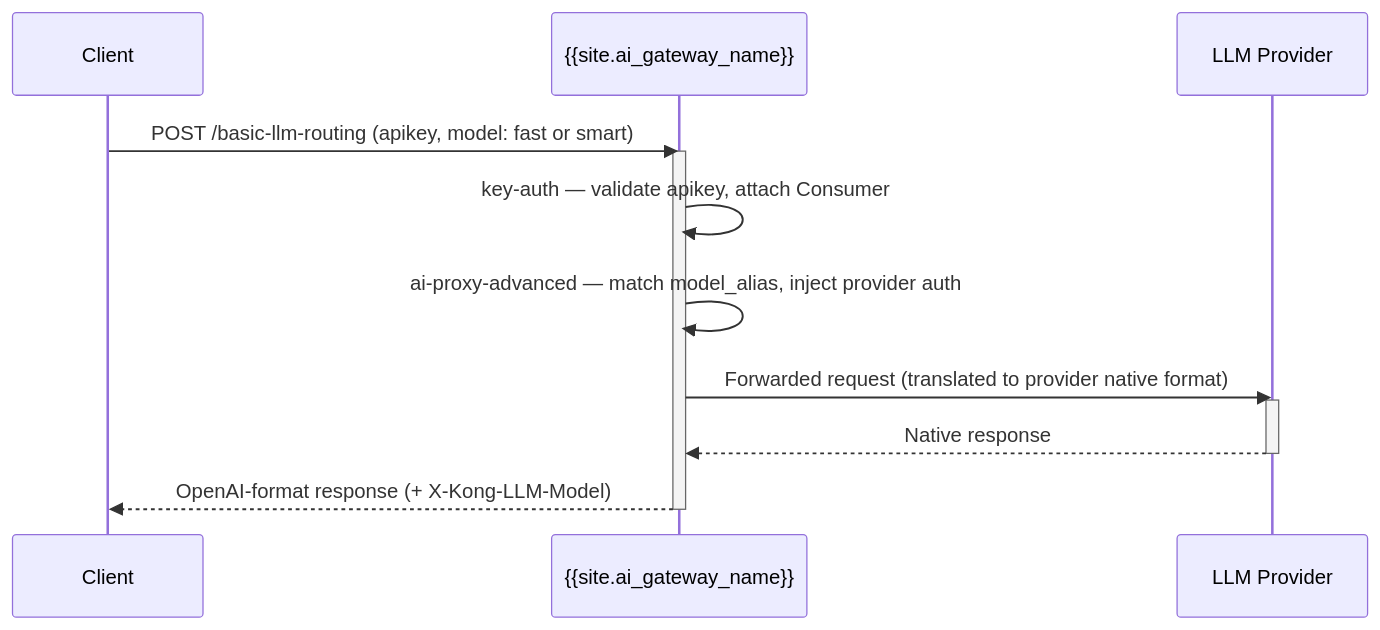
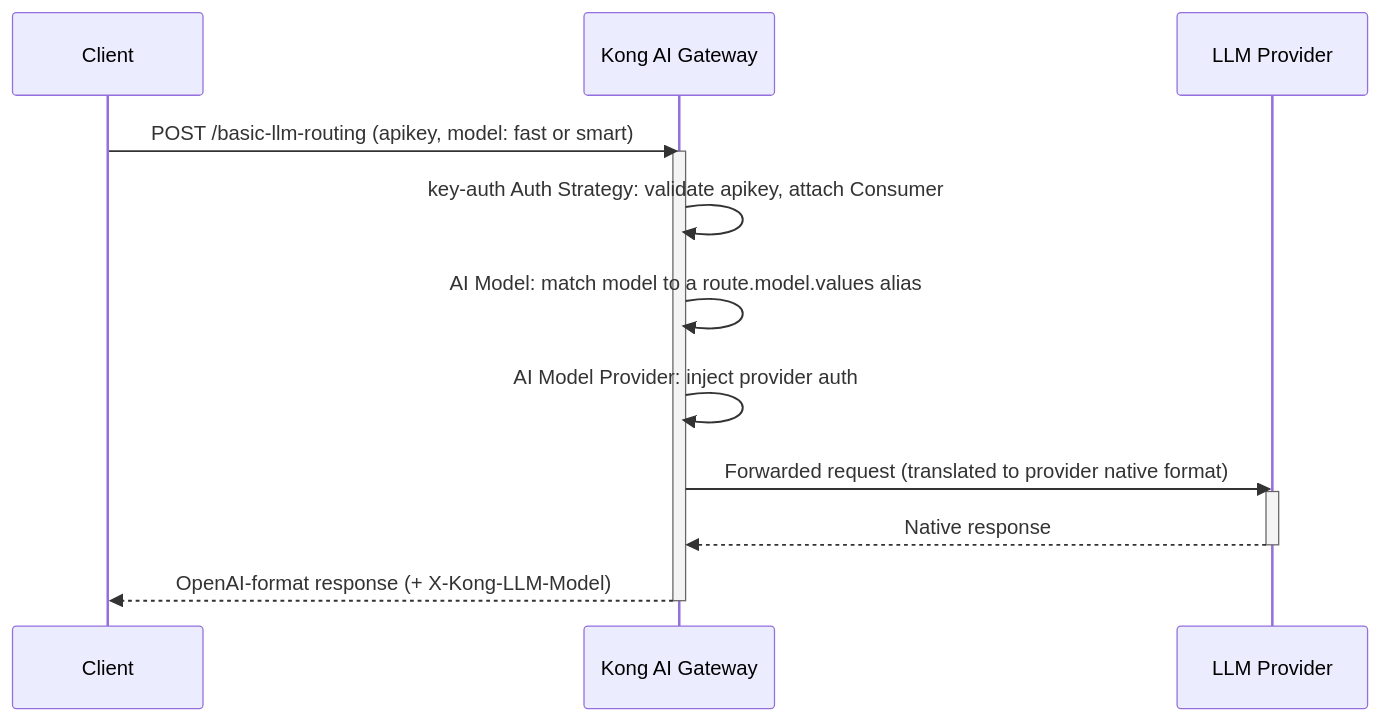
Before and after one commit to Kong/developer.konghq.com: the diagram in app/_cookbooks/basic-llm-routing.md, drawn with Mermaid. The commit also changed other lines of this file and 11 other files, not shown here.

```diff
--- a/app/_cookbooks/basic-llm-routing.md
+++ b/app/_cookbooks/basic-llm-routing.md
@@ -191,17 +204,18 @@
 {% mermaid %}
 sequenceDiagram
     participant C as Client
-    participant K as {{site.ai_gateway_name}}
+    participant K as Kong AI Gateway
     participant L as LLM Provider
 
     C->>K: POST /basic-llm-routing (apikey, model: fast or smart)
     activate K
-    K->>K: key-auth — validate apikey, attach Consumer
-    K->>K: ai-proxy-advanced — match model_alias, inject provider auth
+    K->>K: key-auth Auth Strategy: validate apikey, attach Consumer
+    K->>K: AI Model: match model to a route.model.values alias
+    K->>K: AI Model Provider: inject provider auth
     K->>L: Forwarded request (translated to provider native format)
     activate L
     L-->>K: Native response
     deactivate L
     K-->>C: OpenAI-format response (+ X-Kong-LLM-Model)
     deactivate K
 {% endmermaid %}
```
